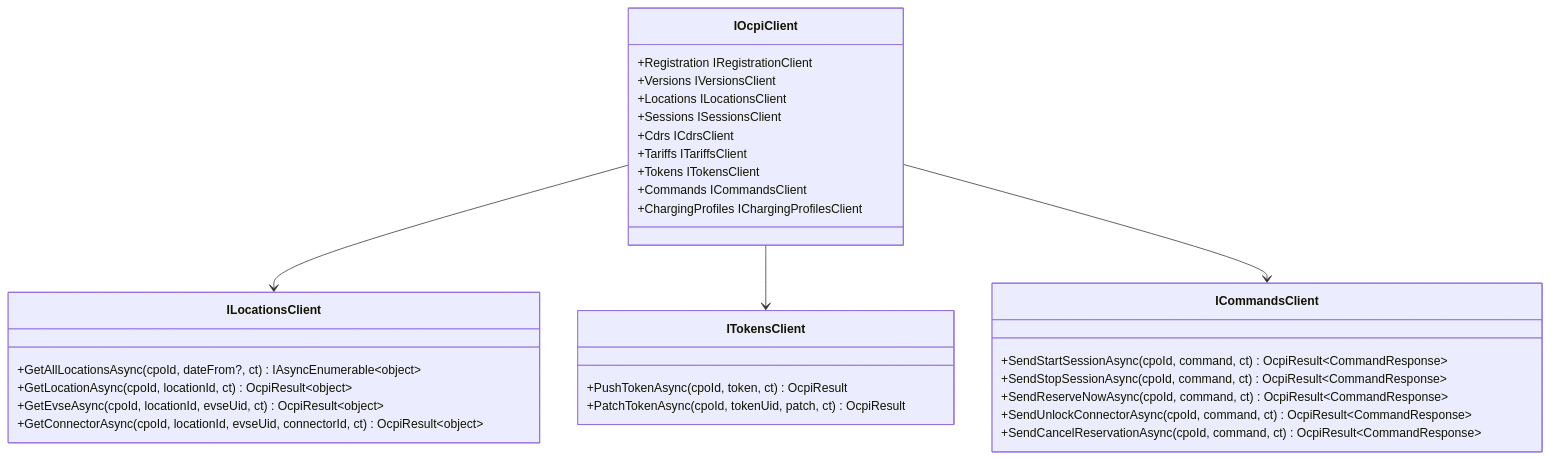
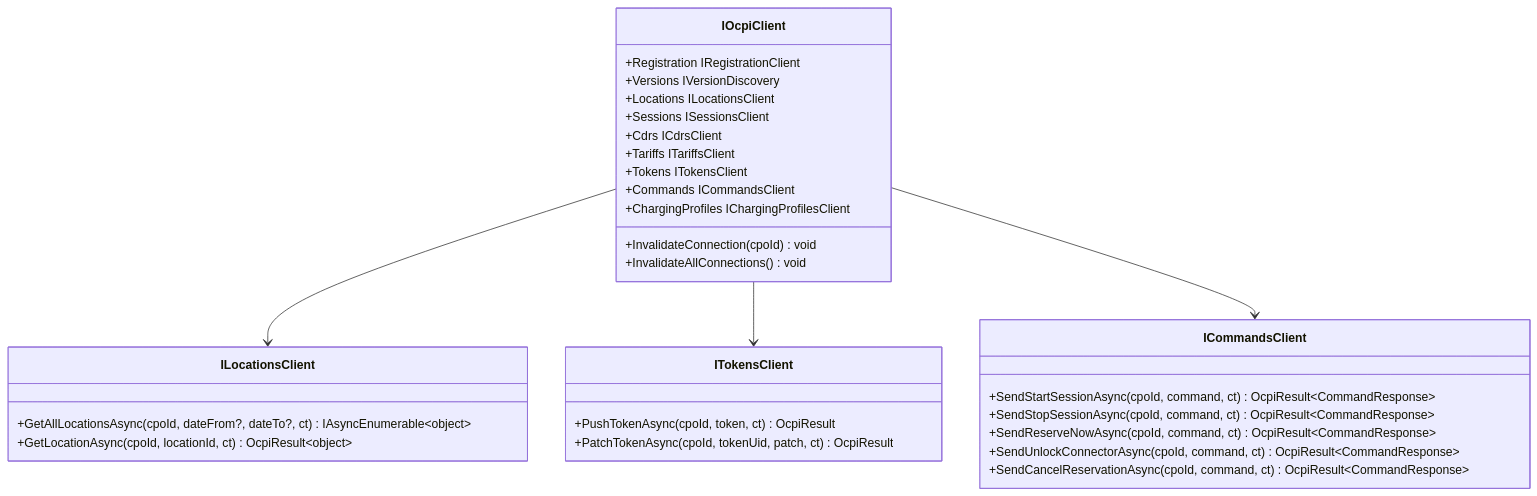
One commit to hannan-m/DotOcpi changed diagram 12 of 34 in docs/architecture.md. Above: the diagram before and after it, drawn with Mermaid. The commit also changed other lines of this file and 19 other files, not shown here.

````diff
--- a/docs/architecture.md
+++ b/docs/architecture.md
@@ -391,38 +387,38 @@
 ```mermaid
 classDiagram
     class IOcpiClient {
         +Registration IRegistrationClient
-        +Versions IVersionsClient
+        +Versions IVersionDiscovery
         +Locations ILocationsClient
         +Sessions ISessionsClient
         +Cdrs ICdrsClient
         +Tariffs ITariffsClient
         +Tokens ITokensClient
         +Commands ICommandsClient
         +ChargingProfiles IChargingProfilesClient
+        +InvalidateConnection(cpoId) void
+        +InvalidateAllConnections() void
     }
 
     class ILocationsClient {
-        +GetAllLocationsAsync(cpoId, dateFrom?, ct) IAsyncEnumerable~object~
+        +GetAllLocationsAsync(cpoId, dateFrom?, dateTo?, ct) IAsyncEnumerable~object~
         +GetLocationAsync(cpoId, locationId, ct) OcpiResult~object~
-        +GetEvseAsync(cpoId, locationId, evseUid, ct) OcpiResult~object~
-        +GetConnectorAsync(cpoId, locationId, evseUid, connectorId, ct) OcpiResult~object~
     }
 
     class ITokensClient {
         +PushTokenAsync(cpoId, token, ct) OcpiResult
         +PatchTokenAsync(cpoId, tokenUid, patch, ct) OcpiResult
     }
 
     class ICommandsClient {
         +SendStartSessionAsync(cpoId, command, ct) OcpiResult~CommandResponse~
         +SendStopSessionAsync(cpoId, command, ct) OcpiResult~CommandResponse~
         +SendReserveNowAsync(cpoId, command, ct) OcpiResult~CommandResponse~
         +SendUnlockConnectorAsync(cpoId, command, ct) OcpiResult~CommandResponse~
         +SendCancelReservationAsync(cpoId, command, ct) OcpiResult~CommandResponse~
     }
 
     IOcpiClient --> ILocationsClient
     IOcpiClient --> ITokensClient
     IOcpiClient --> ICommandsClient
 ```
````
